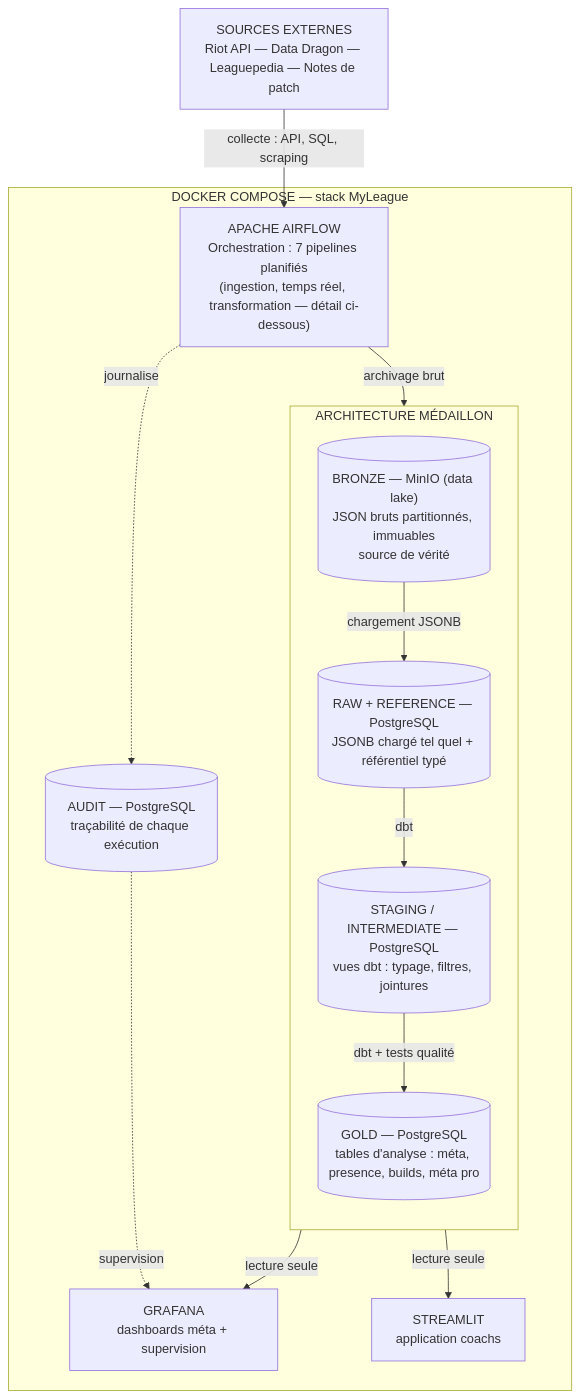
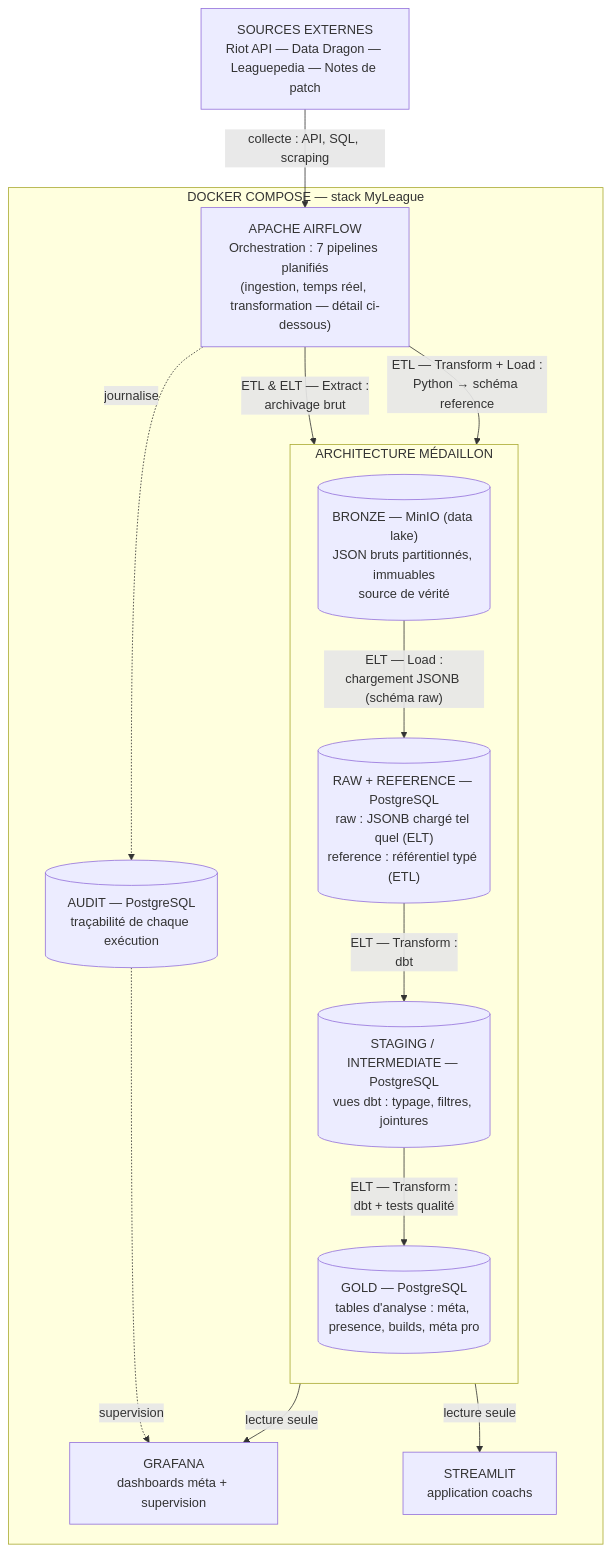
The first of 3 diagrams in README.md (Randil12/MyLeague), drawn with Mermaid before and after one commit.

````diff
--- a/README.md
+++ b/README.md
@@ -11,31 +11,32 @@
 ```mermaid
 flowchart TB
     SRC["SOURCES EXTERNES<br/>Riot API — Data Dragon — Leaguepedia — Notes de patch"]
 
     subgraph DOCKER["DOCKER COMPOSE — stack MyLeague"]
         AF["APACHE AIRFLOW<br/>Orchestration : 7 pipelines planifiés<br/>(ingestion, temps réel, transformation — détail ci-dessous)"]
 
         subgraph MED["ARCHITECTURE MÉDAILLON"]
             direction TB
             BRONZE[("BRONZE — MinIO (data lake)<br/>JSON bruts partitionnés, immuables<br/>source de vérité")]
-            RAWREF[("RAW + REFERENCE — PostgreSQL<br/>JSONB chargé tel quel + référentiel typé")]
+            RAWREF[("RAW + REFERENCE — PostgreSQL<br/>raw : JSONB chargé tel quel (ELT)<br/>reference : référentiel typé (ETL)")]
             STG[("STAGING / INTERMEDIATE — PostgreSQL<br/>vues dbt : typage, filtres, jointures")]
             GOLD[("GOLD — PostgreSQL<br/>tables d'analyse : méta, presence, builds, méta pro")]
 
-            BRONZE -->|"chargement JSONB"| RAWREF
-            RAWREF -->|"dbt"| STG
-            STG -->|"dbt + tests qualité"| GOLD
+            BRONZE -->|"ELT — Load :<br/>chargement JSONB (schéma raw)"| RAWREF
+            RAWREF -->|"ELT — Transform :<br/>dbt"| STG
+            STG -->|"ELT — Transform :<br/>dbt + tests qualité"| GOLD
         end
 
         AUD[("AUDIT — PostgreSQL<br/>traçabilité de chaque exécution")]
         GRAF["GRAFANA<br/>dashboards méta + supervision"]
         ST["STREAMLIT<br/>application coachs"]
     end
 
     SRC -->|"collecte : API, SQL, scraping"| AF
-    AF -->|"archivage brut"| BRONZE
+    AF -->|"ETL & ELT — Extract :<br/>archivage brut"| BRONZE
+    AF -->|"ETL — Transform + Load :<br/>Python → schéma reference"| RAWREF
     AF -.->|"journalise"| AUD
     GOLD -->|"lecture seule"| GRAF
     GOLD -->|"lecture seule"| ST
     AUD -.->|"supervision"| GRAF
 ```
````
